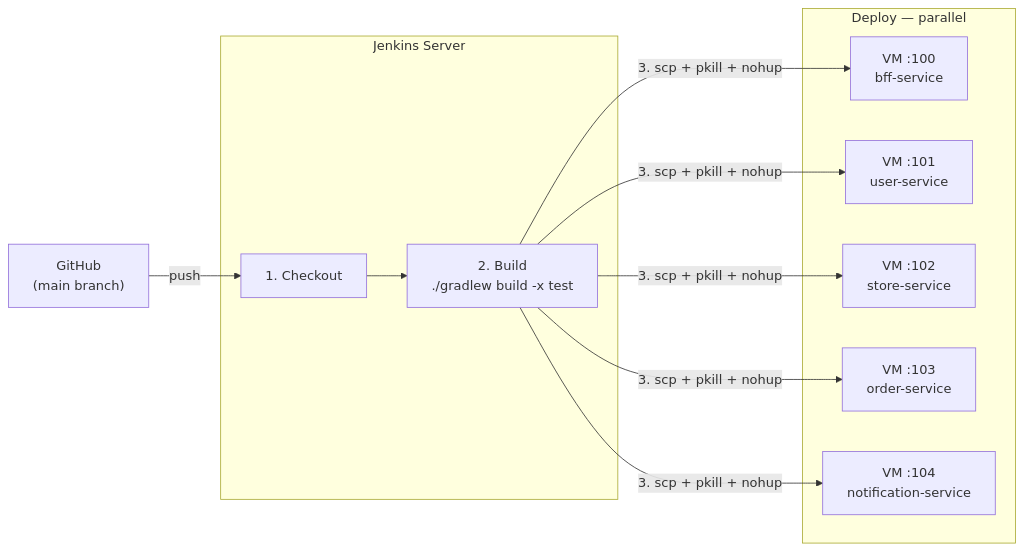
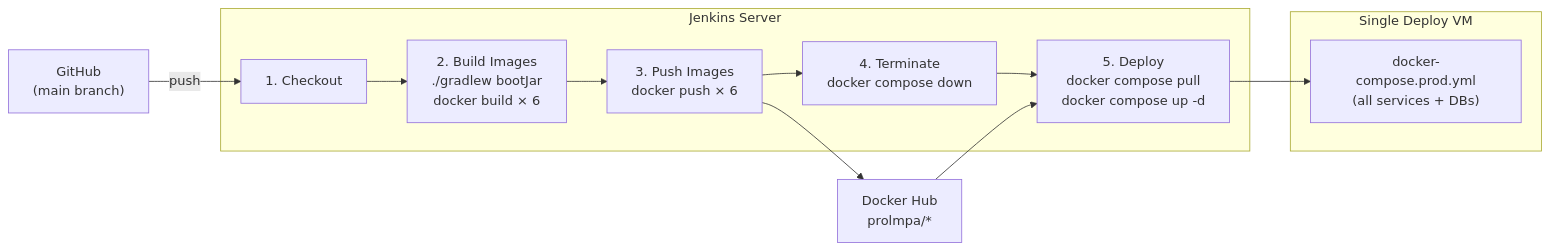
One commit to proLmpa/Deliprac changed the seventh of 7 diagrams in README.md. Above: the diagram before and after it, drawn with Mermaid. The commit also changed other lines of this file, not shown here.

````diff
--- a/README.md
+++ b/README.md
@@ -442,20 +452,22 @@
 ```mermaid
 flowchart LR
     GH["GitHub\n(main branch)"]
+    DH["Docker Hub\nprolmpa/*"]
 
     subgraph jenkins ["Jenkins Server"]
         CO["1. Checkout"]
-        BU["2. Build\n./gradlew build -x test"]
+        BI["2. Build Images\n./gradlew bootJar\ndocker build × 6"]
+        PI["3. Push Images\ndocker push × 6"]
+        TM["4. Terminate\ndocker compose down"]
+        DP["5. Deploy\ndocker compose pull\ndocker compose up -d"]
     end
 
-    subgraph vms ["Deploy — parallel"]
-        V0["VM :100\nbff-service"]
-        V1["VM :101\nuser-service"]
-        V2["VM :102\nstore-service"]
-        V3["VM :103\norder-service"]
-        V4["VM :104\nnotification-service"]
+    subgraph vm ["Single Deploy VM"]
+        DC["docker-compose.prod.yml\n(all services + DBs)"]
     end
 
-    GH -->|push| CO --> BU
-    BU -->|"3. scp + pkill + nohup"| V0 & V1 & V2 & V3 & V4
+    GH -->|push| CO --> BI --> PI --> TM --> DP
+    PI --> DH
+    DH --> DP
+    DP --> DC
 ```
````
